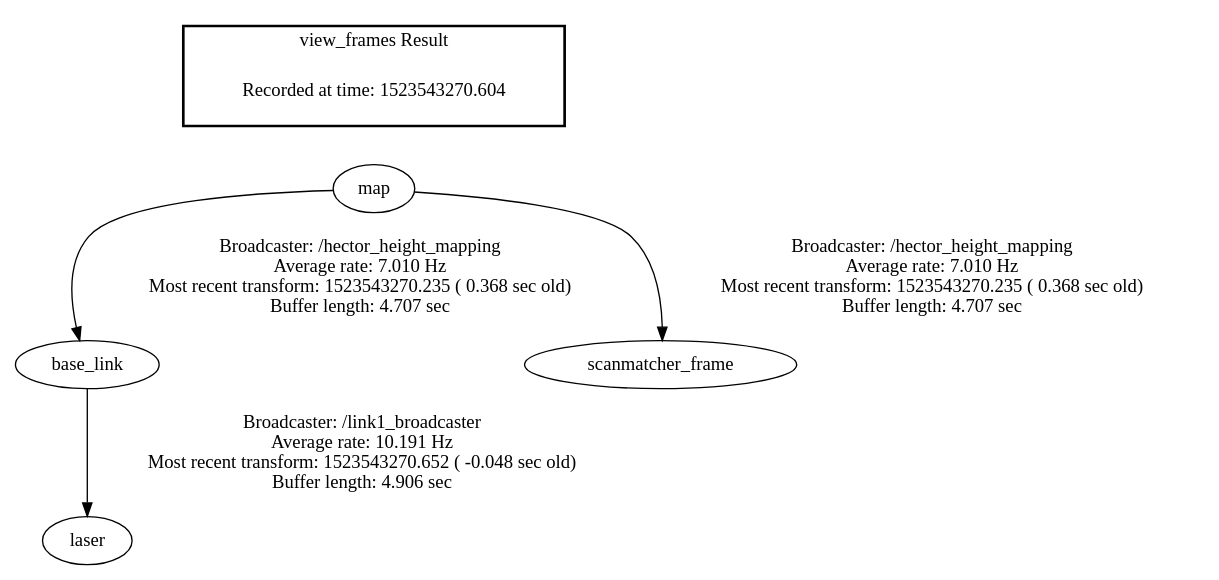
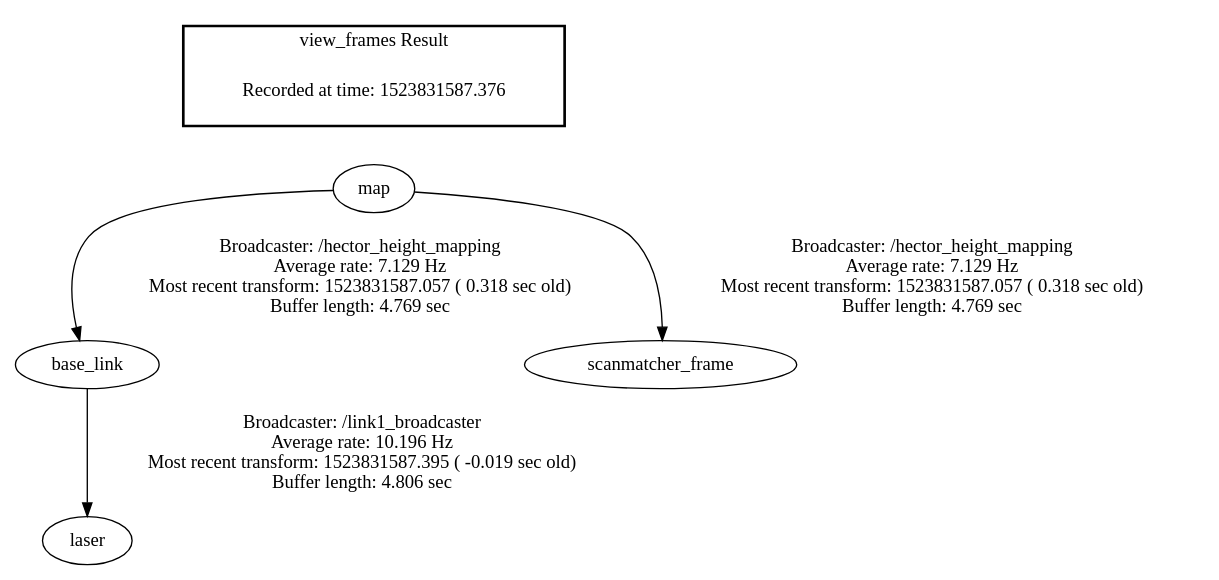
The diagram in catkin_ws/frames.gv (FernandoOrtiz/DeepFind), drawn with Graphviz before and after one commit. The commit also changed 9 other files, not shown here.

```diff
--- a/catkin_ws/frames.gv
+++ b/catkin_ws/frames.gv
@@ -1,9 +1,9 @@
 digraph G {
-"base_link" -> "laser"[label="Broadcaster: /link1_broadcaster\nAverage rate: 10.191 Hz\nMost recent transform: 1523543270.652 ( -0.048 sec old)\nBuffer length: 4.906 sec\n"];
-"map" -> "base_link"[label="Broadcaster: /hector_height_mapping\nAverage rate: 7.010 Hz\nMost recent transform: 1523543270.235 ( 0.368 sec old)\nBuffer length: 4.707 sec\n"];
-"map" -> "scanmatcher_frame"[label="Broadcaster: /hector_height_mapping\nAverage rate: 7.010 Hz\nMost recent transform: 1523543270.235 ( 0.368 sec old)\nBuffer length: 4.707 sec\n"];
+"base_link" -> "laser"[label="Broadcaster: /link1_broadcaster\nAverage rate: 10.196 Hz\nMost recent transform: 1523831587.395 ( -0.019 sec old)\nBuffer length: 4.806 sec\n"];
+"map" -> "base_link"[label="Broadcaster: /hector_height_mapping\nAverage rate: 7.129 Hz\nMost recent transform: 1523831587.057 ( 0.318 sec old)\nBuffer length: 4.769 sec\n"];
+"map" -> "scanmatcher_frame"[label="Broadcaster: /hector_height_mapping\nAverage rate: 7.129 Hz\nMost recent transform: 1523831587.057 ( 0.318 sec old)\nBuffer length: 4.769 sec\n"];
 edge [style=invis];
  subgraph cluster_legend { style=bold; color=black; label ="view_frames Result";
-"Recorded at time: 1523543270.604"[ shape=plaintext ] ;
+"Recorded at time: 1523831587.376"[ shape=plaintext ] ;
  }->"map";
 }
```
